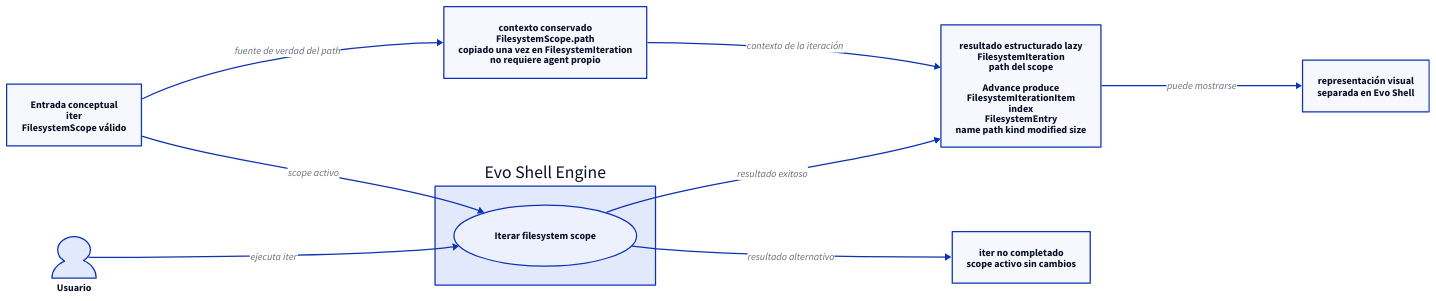
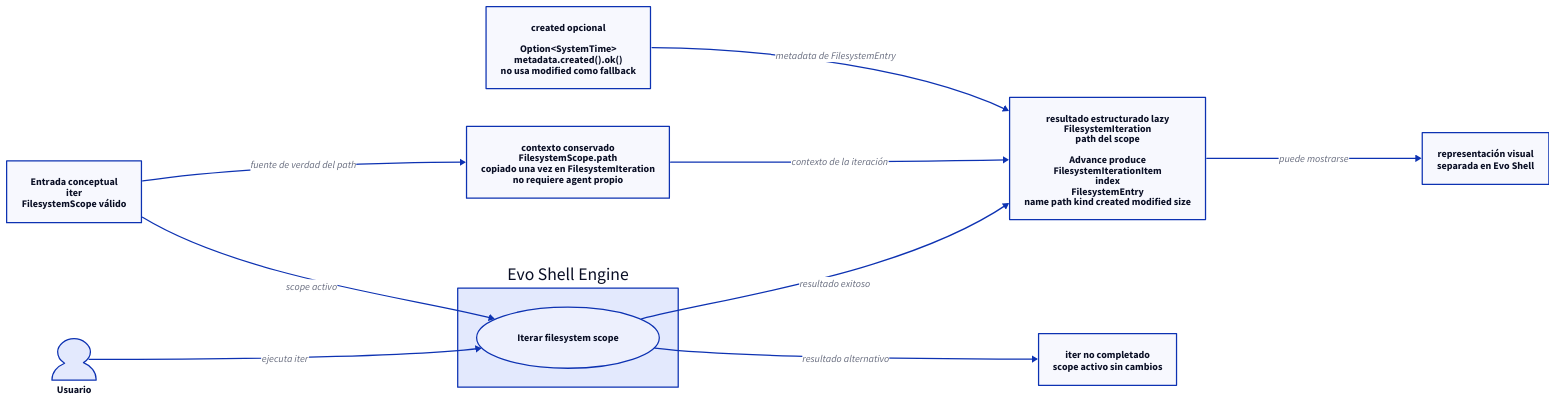
Before and after one commit to niqel/evolution: the diagram in evo-shell-engine/technical_documentation/use_cases/UC-002-iterate-filesystem-scope/use-case.d2, drawn with D2. The commit also changed 23 other files, not shown here.

Commit message:
feat: add created metadata and unify shell visual identity

```diff
--- a/evo-shell-engine/technical_documentation/use_cases/UC-002-iterate-filesystem-scope/use-case.d2
+++ b/evo-shell-engine/technical_documentation/use_cases/UC-002-iterate-filesystem-scope/use-case.d2
@@ -1,41 +1,46 @@
 direction: right
 
 usuario: "Usuario" {
   shape: person
 }
 
 evo_shell_engine: "Evo Shell Engine" {
   shape: rectangle
 
   iterar_scope: "Iterar filesystem scope" {
     shape: oval
   }
 }
 
 entrada: "Entrada conceptual\niter\nFilesystemScope válido" {
   shape: rectangle
 }
 
-resultado_exitoso: "resultado estructurado lazy\nFilesystemIteration\npath del scope\n\nAdvance produce\nFilesystemIterationItem\nindex\nFilesystemEntry\nname path kind modified size" {
+resultado_exitoso: "resultado estructurado lazy\nFilesystemIteration\npath del scope\n\nAdvance produce\nFilesystemIterationItem\nindex\nFilesystemEntry\nname path kind created modified size" {
+  shape: rectangle
+}
+
+created: "created opcional\n\nOption<SystemTime>\nmetadata.created().ok()\nno usa modified como fallback" {
   shape: rectangle
 }
 
 resultado_alternativo: "iter no completado\nscope activo sin cambios" {
   shape: rectangle
 }
 
 presentacion: "representación visual\nseparada en Evo Shell" {
   shape: rectangle
 }
 
 path_context: "contexto conservado\nFilesystemScope.path\ncopiado una vez en FilesystemIteration\nno requiere agent propio" {
   shape: rectangle
 }
 
 usuario -> evo_shell_engine.iterar_scope: "ejecuta iter"
 entrada -> evo_shell_engine.iterar_scope: "scope activo"
 evo_shell_engine.iterar_scope -> resultado_exitoso: "resultado exitoso"
 evo_shell_engine.iterar_scope -> resultado_alternativo: "resultado alternativo"
 resultado_exitoso -> presentacion: "puede mostrarse"
 entrada -> path_context: "fuente de verdad del path"
 path_context -> resultado_exitoso: "contexto de la iteración"
+created -> resultado_exitoso: "metadata de FilesystemEntry"
```
